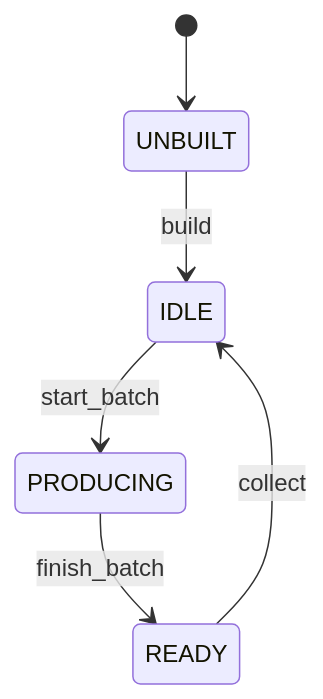
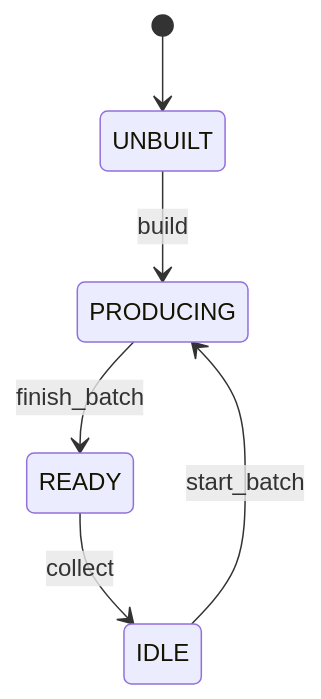
The third of 8 diagrams in docs/StateMachines.md (mohitk05/aboard), drawn with Mermaid before and after one commit. The commit also changed other lines of this file and 7 other files, not shown here.

````diff
--- a/docs/StateMachines.md
+++ b/docs/StateMachines.md
@@ -113,8 +113,8 @@
 ```mermaid
 stateDiagram-v2
   [*] --> UNBUILT
-  UNBUILT --> IDLE: build
+  UNBUILT --> PRODUCING: build
   IDLE --> PRODUCING: start_batch
   PRODUCING --> READY: finish_batch
   READY --> IDLE: collect
 ```
````
